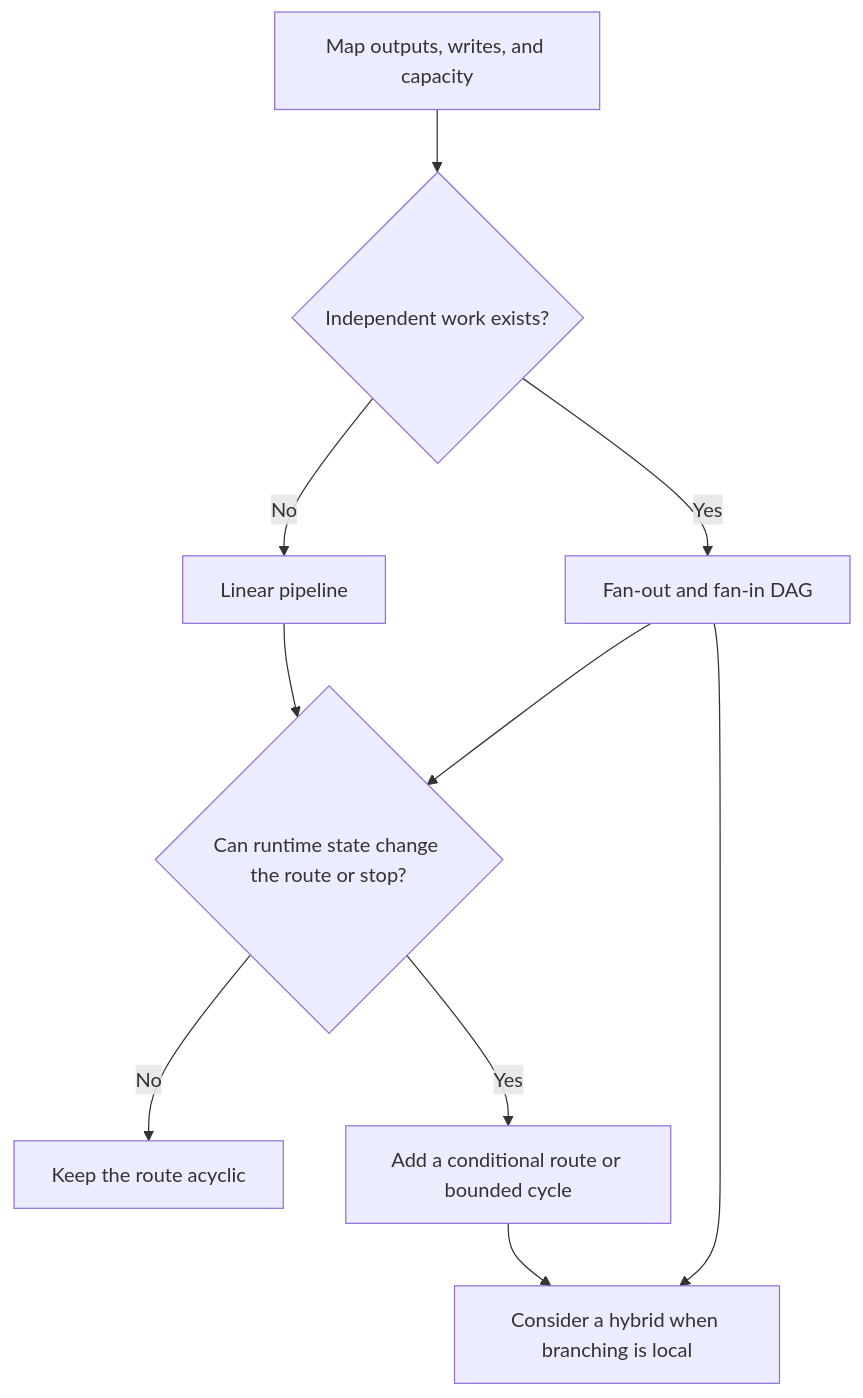
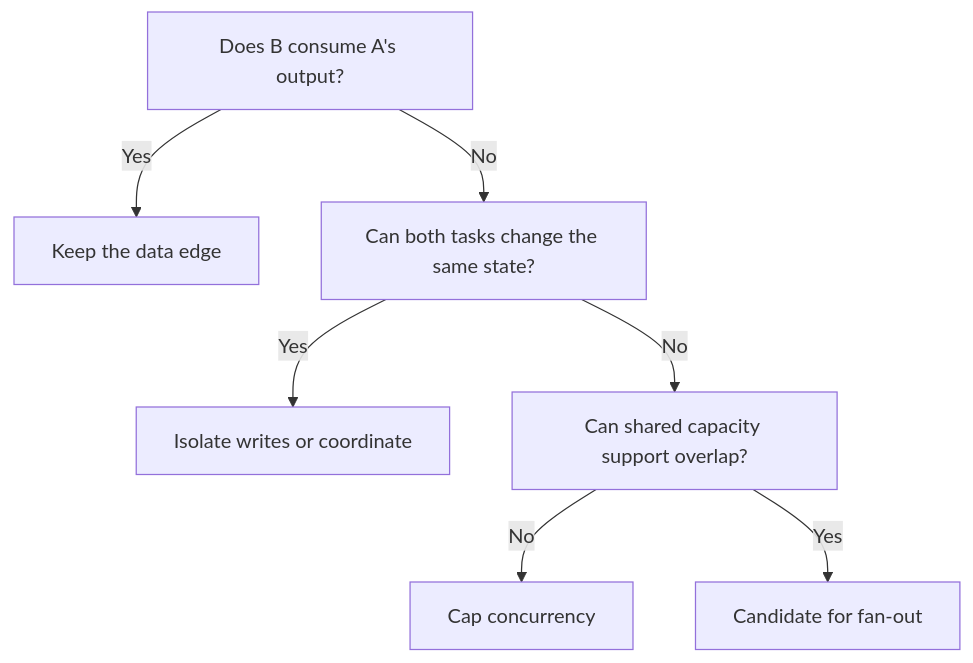
One commit to Herbertcuba/herbertcuba-personal-blog changed the first of 2 diagrams in src/drafts/df3f4646.md. Above: the diagram before and after it, drawn with Mermaid. The commit also changed other lines of this file, not shown here.

Commit message:
draft(t_3af0b546): Use a Pipeline Until the Work Proves It Needs a Graph

````diff
--- a/src/drafts/df3f4646.md
+++ b/src/drafts/df3f4646.md
@@ -22,12 +22,9 @@
 ```mermaid
 flowchart TD
-    A[Map outputs, writes, and capacity] --> B{Independent work exists?}
-    B -->|No| C[Linear pipeline]
-    B -->|Yes| D[Fan-out and fan-in DAG]
-    C --> E{Can runtime state change the route or stop?}
-    D --> E
-    E -->|No| F[Keep the route acyclic]
-    E -->|Yes| G[Add a conditional route or bounded cycle]
-    D --> H[Consider a hybrid when branching is local]
-    G --> H
+    A["Does B consume A's output?"] -->|Yes| S["Keep the data edge"]
+    A -->|No| M["Can both tasks change the same state?"]
+    M -->|Yes| I["Isolate writes or coordinate"]
+    M -->|No| Q["Can shared capacity support overlap?"]
+    Q -->|No| C["Cap concurrency"]
+    Q -->|Yes| P["Candidate for fan-out"]
 ```
````
